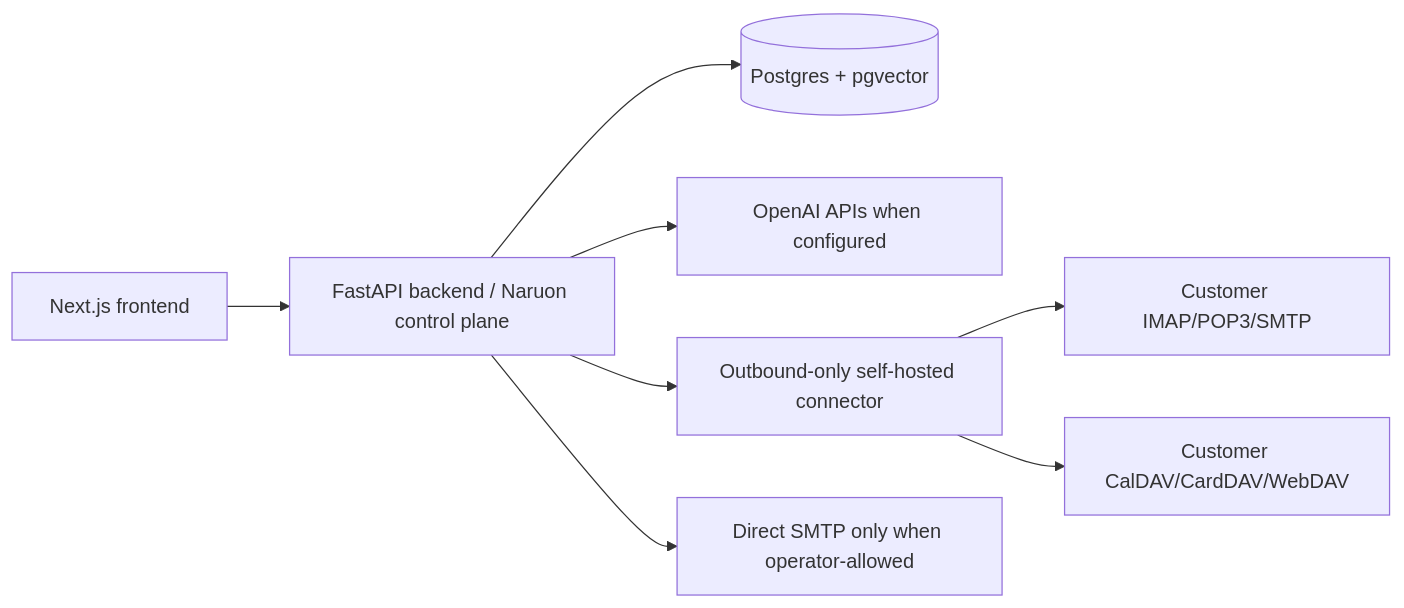
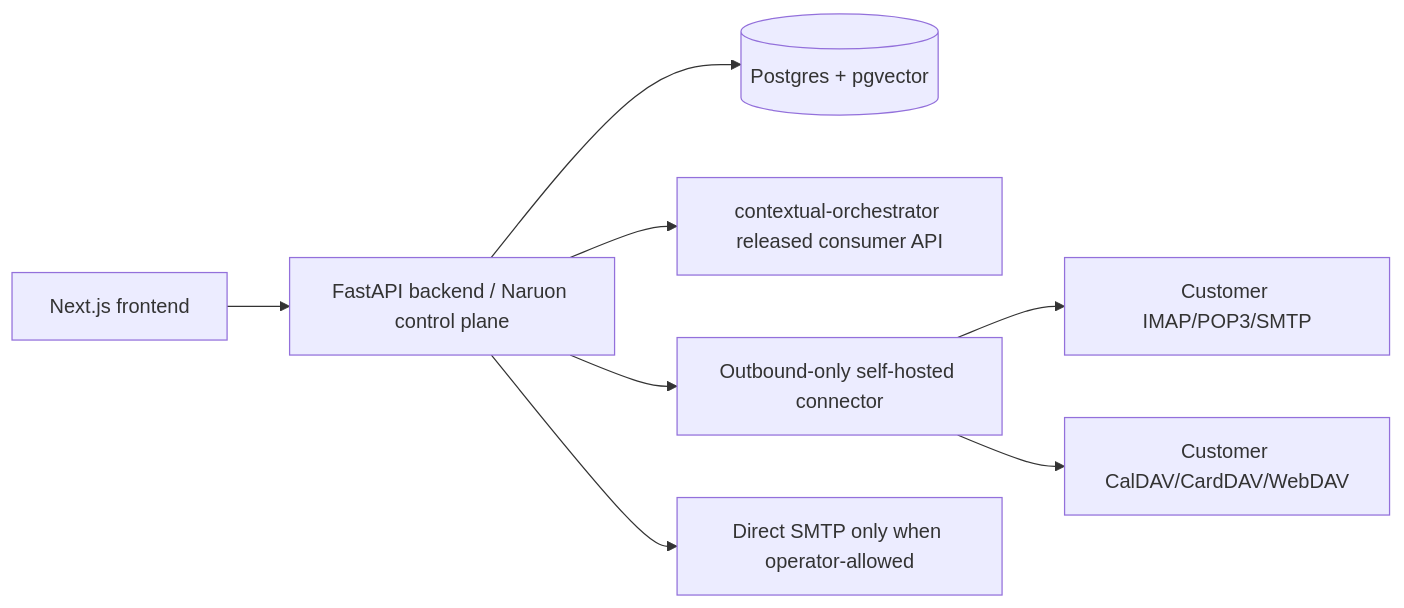
One commit to ContextWisdomLab/naruon changed the diagram in ARCHITECTURE.md. Above: the diagram before and after it, drawn with Mermaid. The commit also changed other lines of this file and 10 other files, not shown here.

Commit message:
test(review): narrow central OpenCode consumer contract

````diff
--- a/ARCHITECTURE.md
+++ b/ARCHITECTURE.md
@@ -5,10 +5,10 @@
 ```mermaid
 flowchart LR
   UI[Next.js frontend] --> API[FastAPI backend / Naruon control plane]
   API --> DB[(Postgres + pgvector)]
-  API --> LLM[OpenAI APIs when configured]
+  API --> LLM[contextual-orchestrator released consumer API]
   API --> CONN[Outbound-only self-hosted connector]
   CONN --> MAIL[Customer IMAP/POP3/SMTP]
   CONN --> DAV[Customer CalDAV/CardDAV/WebDAV]
   API --> SMTP[Direct SMTP only when operator-allowed]
 ```
````
